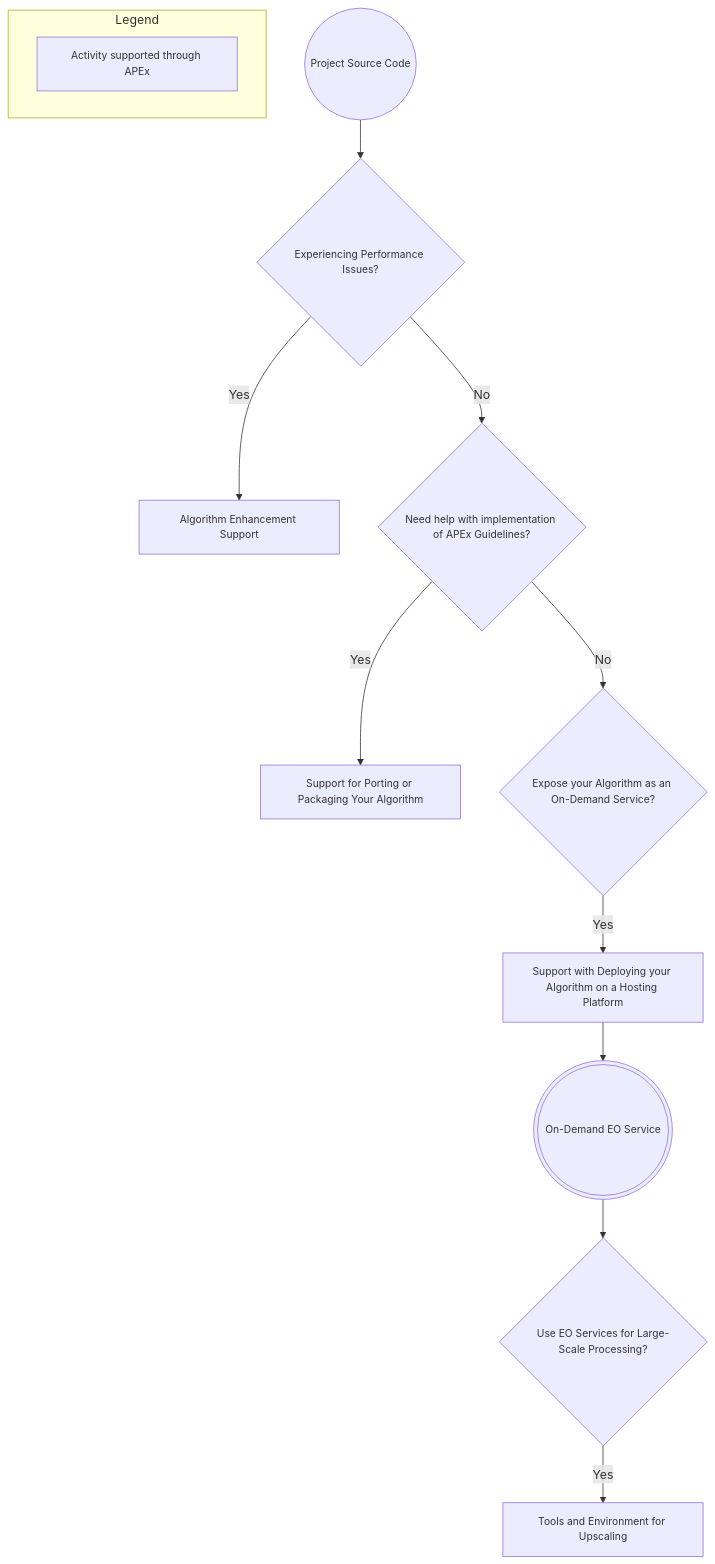
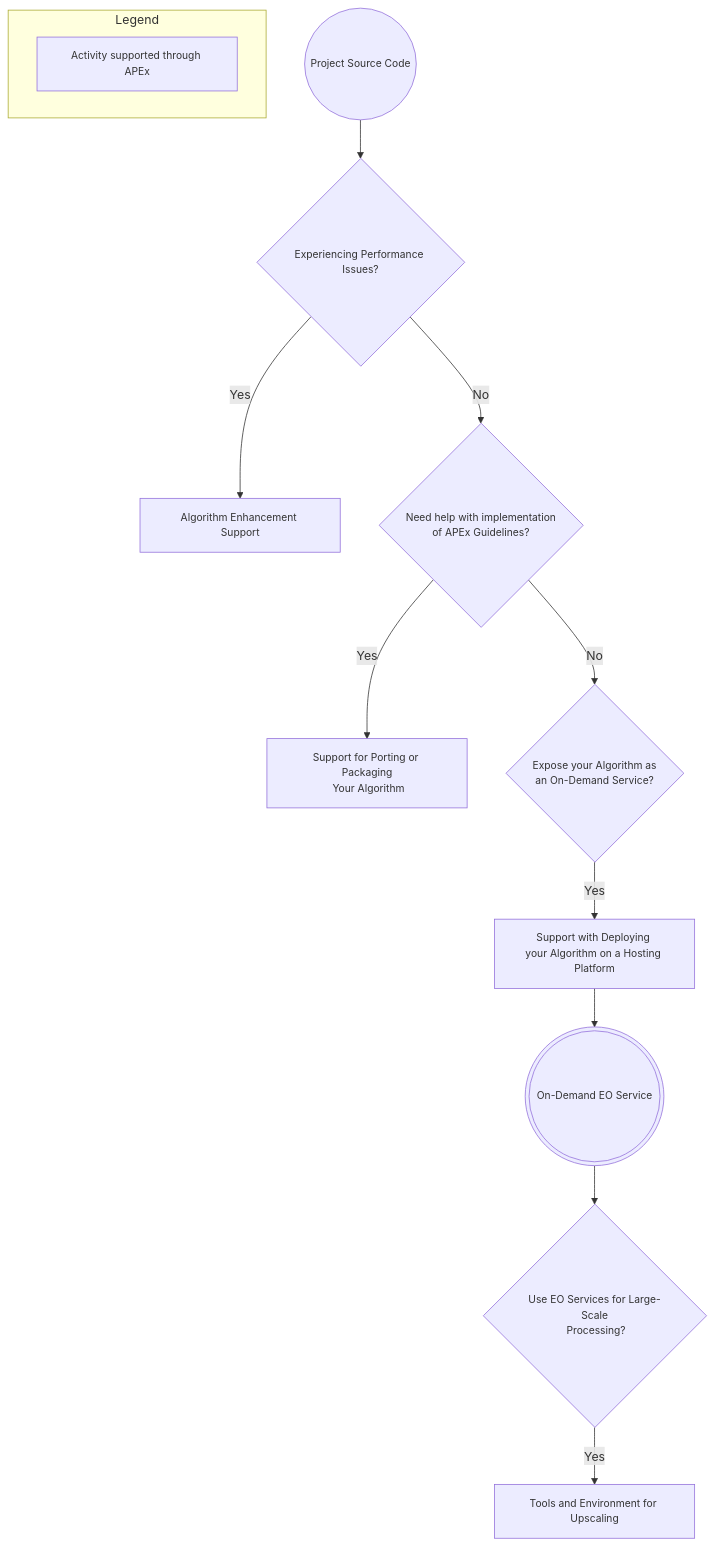
The diagram in propagation/index.qmd (ESA-APEx/apex_documentation), drawn with Mermaid before and after one commit. The commit also changed 4 other files, not shown here.

Commit message:
fix: updated mermaid charts

````diff
--- a/propagation/index.qmd
+++ b/propagation/index.qmd
@@ -48,24 +48,25 @@
 ```{mermaid}
 %%| label: fig-pathway
 %%| fig-cap: "APEx Algorithm Support Pathways"
-flowchart TD ""
+flowchart TD
     subgraph Legend
       APEX_SERVICE[Activity supported through APEx]
     end
+
     A((Project Source Code)) --> B{Experiencing Performance Issues?}
     B -->|Yes| C[Algorithm Enhancement Support]
-    B -->|No| D{Need help with implementation of APEx Guidelines?}
-    D -->|Yes| E[Support for Porting or Packaging Your Algorithm]
-    D -->|No| F{Expose your Algorithm as an On-Demand Service?}
-    F -->|Yes| G[Support with Deploying your Algorithm on a Hosting Platform]
+    B -->|No| D{Need help with implementation<br/> of APEx Guidelines?}
+    D -->|Yes| E[Support for Porting or Packaging<br/> Your Algorithm]
+    D -->|No| F{Expose your Algorithm as<br/> an On-Demand Service?}
+    F -->|Yes| G[Support with Deploying <br/>your Algorithm on a Hosting Platform]
     G --> H(((On-Demand EO Service)))
-    H --> I{Use EO Services for Large-Scale Processing?}
+    H --> I{Use EO Services for Large-Scale<br/> Processing?}
     I -->|Yes| J[Tools and Environment for Upscaling]
 
     class APEX_SERVICE,C,E,G,J apexService
     click C href "./enhancement.html" _blank
     click E href "./porting.html" _blank
     click G href "./onboarding.html" _blank
     click J href "./upscaling.html" _blank
     classDef default font-size:10pt;
 ```
````
